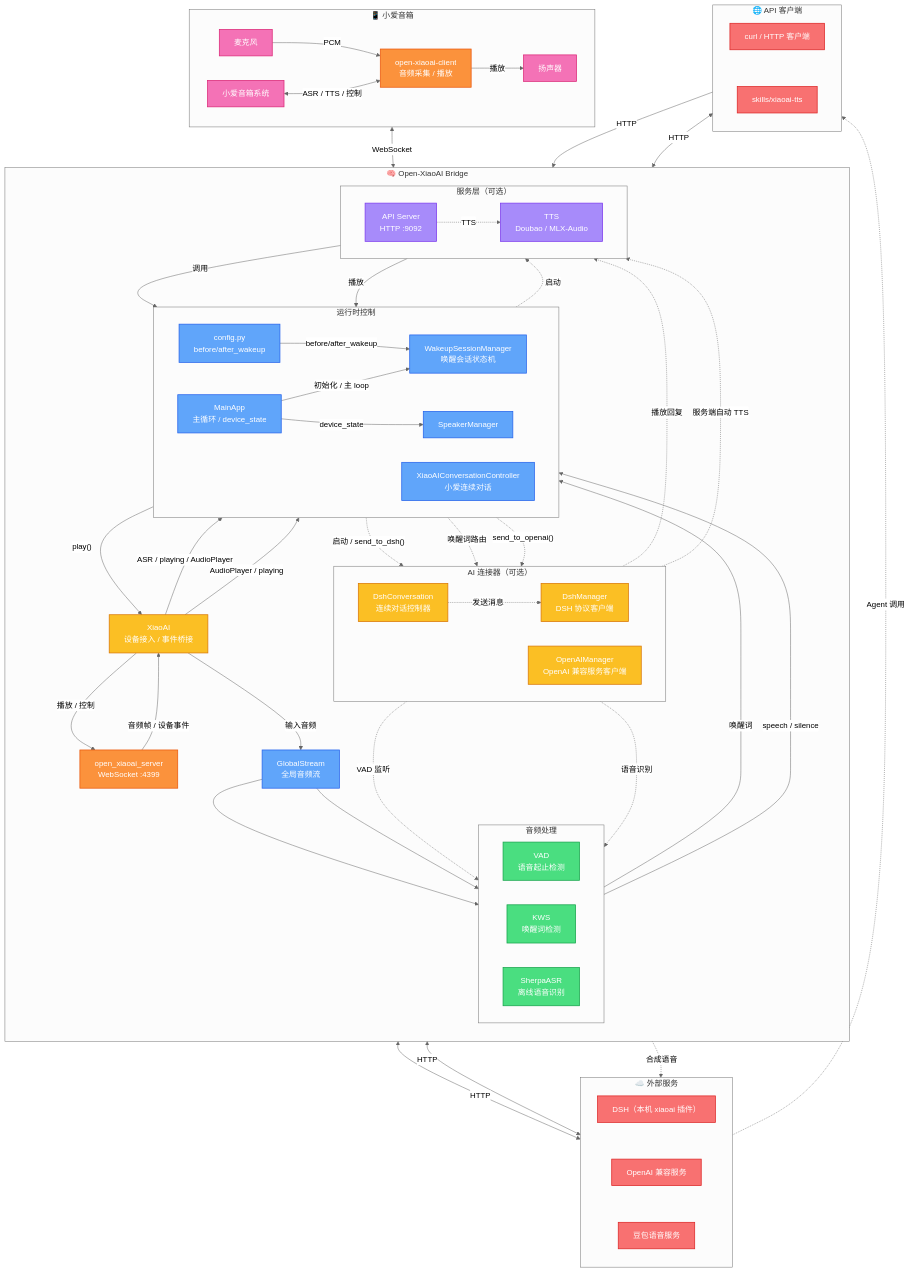
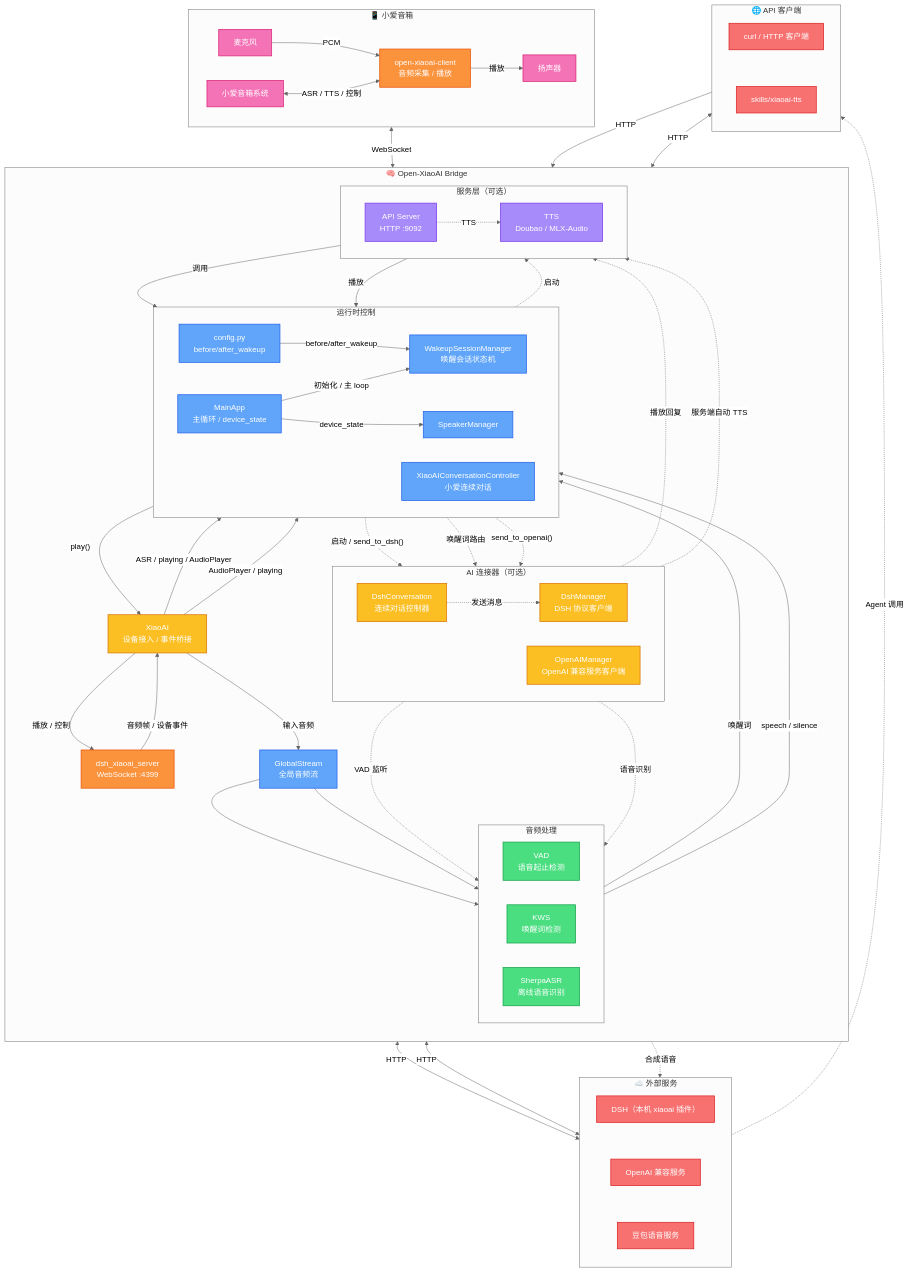
The diagram in bridge/README.md (OMSociety/dsh-xiaoai-bridge), drawn with Mermaid (neutral theme) before and after one commit. The commit also changed other lines of this file and 34 other files, not shown here.

```diff
--- a/bridge/README.md
+++ b/bridge/README.md
@@ -139,7 +140,7 @@
 
     subgraph OpenXiaoAI["🧠 Open-XiaoAI Bridge"]
         direction TB
-        WSServer["open_xiaoai_server<br/>WebSocket :4399"]
+        WSServer["dsh_xiaoai_server<br/>WebSocket :4399"]
         XiaoaiPy["XiaoAI<br/>设备接入 / 事件桥接"]
         GlobalStream["GlobalStream<br/>全局音频流"]
 
```
